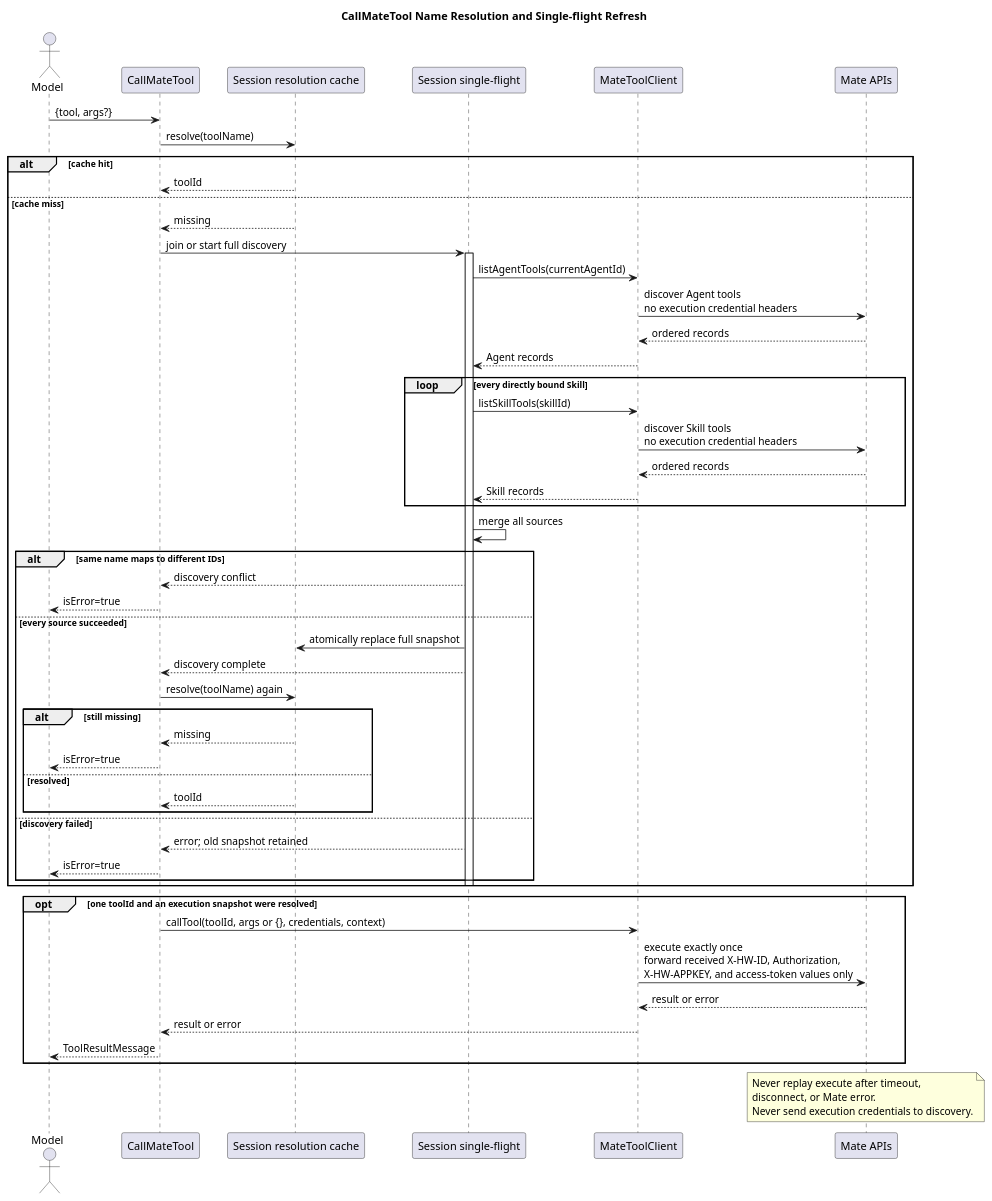
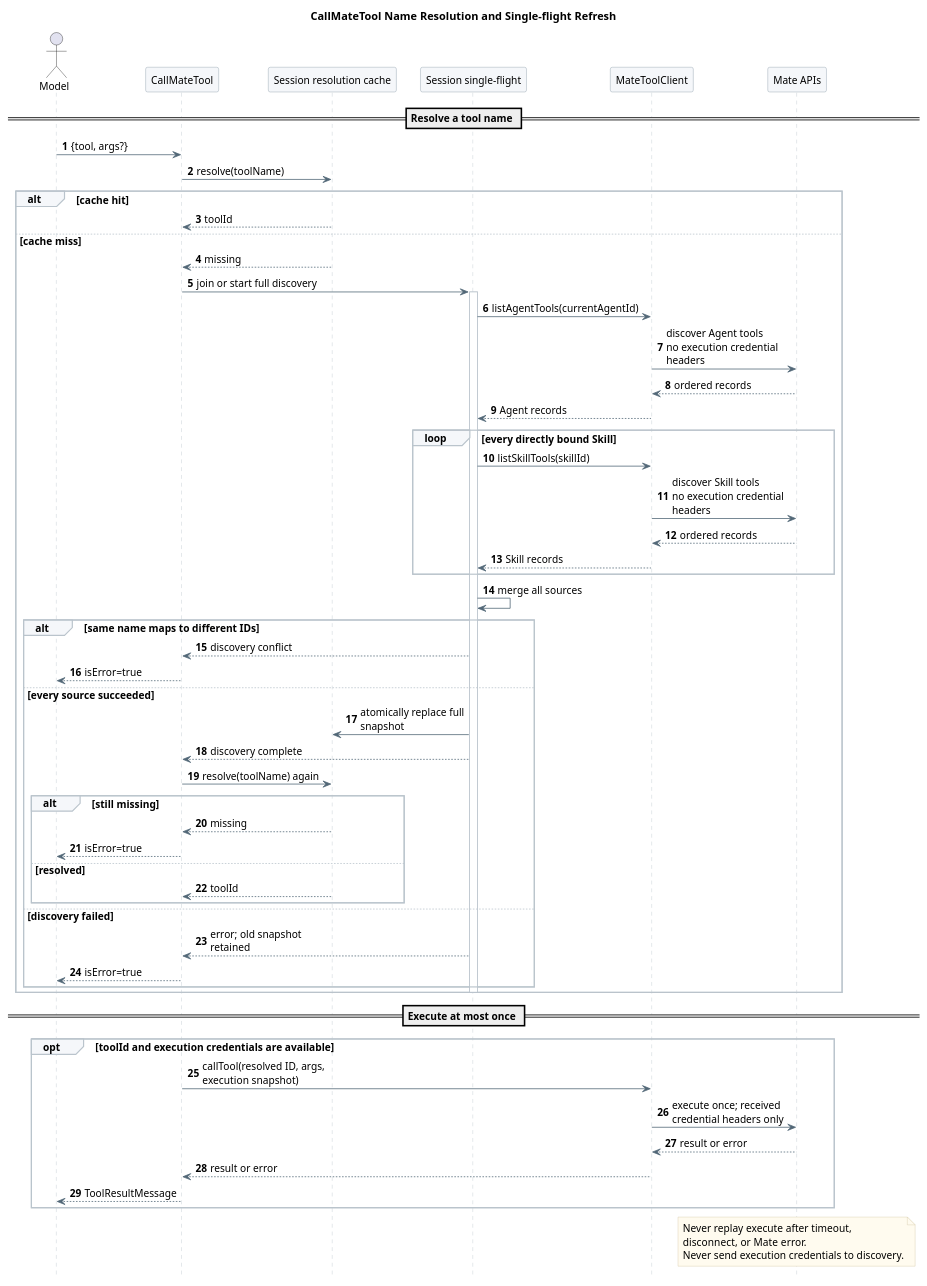
Before and after one commit to ssm0808/pi-mono-java-design: the fifth of 11 diagrams in 01-总体架构/02-CampusClaw工具系统/diagram.puml, drawn with PlantUML. The commit also changed other lines of this file and 212 other files, not shown here.

Commit message:
docs(design): 精简模块文档并重排全仓设计图

```diff
--- a/01-总体架构/02-CampusClaw工具系统/diagram.puml
+++ b/01-总体架构/02-CampusClaw工具系统/diagram.puml
@@ -291,76 +331,93 @@
 @startuml call_mate_tool_sequence
+skinparam backgroundColor white
+skinparam defaultFontName SansSerif
+skinparam defaultFontSize 13
+skinparam shadowing false
+skinparam sequenceMessageAlign left
+skinparam maxMessageSize 165
+skinparam sequenceArrowColor #526777
+skinparam sequenceLifeLineBorderColor #BAC4CC
+skinparam sequenceParticipantBackgroundColor #F5F7FA
+skinparam sequenceParticipantBorderColor #8496A4
+skinparam sequenceGroupBackgroundColor #F5F7FA
+skinparam sequenceGroupBorderColor #BAC4CC
+skinparam noteBackgroundColor #FFFBEF
+skinparam noteBorderColor #D2C6A5
+hide footbox
+autonumber
 title CallMateTool Name Resolution and Single-flight Refresh
-skinparam shadowing false
 
 ' Source evidence (pi-mono-java 320d790726a70aada6100052952d5494d2a378ac):
 ' modules/coding-agent-cli/src/main/java/com/campusclaw/codingagent/tool/mate/CallMateTool.java: execute.
 ' modules/coding-agent-cli/src/main/java/com/campusclaw/codingagent/tool/mate/MateToolSessionCache.java.
 ' modules/coding-agent-cli/src/main/java/com/campusclaw/codingagent/common/client/HttpMateToolClient.java:
 ' invokeTool and toHeaderInfo.
 ' modules/coding-agent-cli/src/main/java/com/campusclaw/codingagent/runtimeapi/web/
 ' RuntimeEventController.java: submit; RuntimeRequestContext.java: mateCredentials.
 ' Observed behavior: discovery and execute receive three credentials; access-token is not captured.
 ' Architecture change: a cache miss is resolved inside Call without any execution credentials.
 ' Security hardening: only one Mate execute request receives the POST Events execution snapshot.
 ' Design reason: discovery may retry, but execute and its credential exposure occur at most once.
 
 actor Model
 participant "CallMateTool" as Call
 participant "Session resolution cache" as Cache
 participant "Session single-flight" as Flight
 participant "MateToolClient" as Client
 participant "Mate APIs" as Mate
 
+== Resolve a tool name ==
 Model -> Call : {tool, args?}
 Call -> Cache : resolve(toolName)
 alt cache hit
   Cache --> Call : toolId
 else cache miss
   Cache --> Call : missing
   Call -> Flight : join or start full discovery
   activate Flight
   Flight -> Client : listAgentTools(currentAgentId)
   Client -> Mate : discover Agent tools\nno execution credential headers
   Mate --> Client : ordered records
   Client --> Flight : Agent records
   loop every directly bound Skill
     Flight -> Client : listSkillTools(skillId)
     Client -> Mate : discover Skill tools\nno execution credential headers
     Mate --> Client : ordered records
     Client --> Flight : Skill records
   end
   Flight -> Flight : merge all sources
   alt same name maps to different IDs
     Flight --> Call : discovery conflict
     Call --> Model : isError=true
   else every source succeeded
     Flight -> Cache : atomically replace full snapshot
     Flight --> Call : discovery complete
     Call -> Cache : resolve(toolName) again
     alt still missing
       Cache --> Call : missing
       Call --> Model : isError=true
     else resolved
       Cache --> Call : toolId
     end
   else discovery failed
     Flight --> Call : error; old snapshot retained
     Call --> Model : isError=true
   end
   deactivate Flight
 end
 
-opt one toolId and an execution snapshot were resolved
-  Call -> Client : callTool(toolId, args or {}, credentials, context)
-  Client -> Mate : execute exactly once\nforward received X-HW-ID, Authorization,\nX-HW-APPKEY, and access-token values only
+== Execute at most once ==
+opt toolId and execution credentials are available
+  Call -> Client : callTool(resolved ID, args, execution snapshot)
+  Client -> Mate : execute once; received credential headers only
   Mate --> Client : result or error
   Client --> Call : result or error
   Call --> Model : ToolResultMessage
 end
 
 note over Mate
-Never replay execute after timeout,
-disconnect, or Mate error.
-Never send execution credentials to discovery.
+  Never replay execute after timeout,
+  disconnect, or Mate error.
+  Never send execution credentials to discovery.
 end note
 @enduml
```
